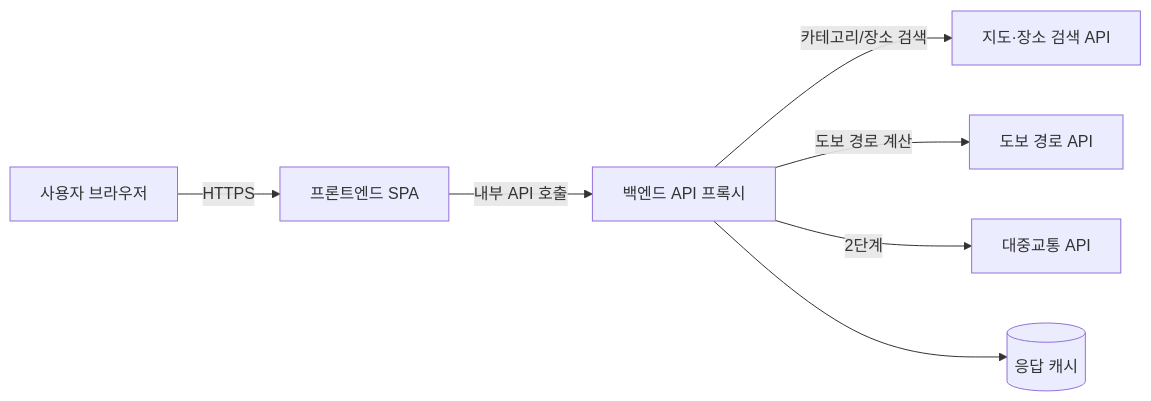
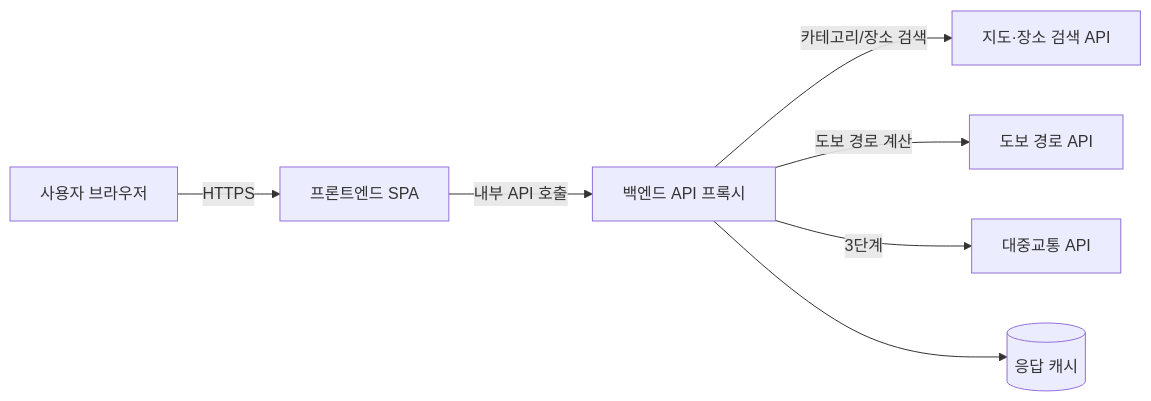
The diagram in trd.md (jeongguwon/map), drawn with Mermaid before and after one commit. The commit also changed other lines of this file and 37 other files, not shown here.

````diff
--- a/trd.md
+++ b/trd.md
@@ -9,9 +9,9 @@
 ```mermaid
 flowchart LR
     User[사용자 브라우저] -->|HTTPS| Frontend[프론트엔드 SPA]
     Frontend -->|내부 API 호출| Backend[백엔드 API 프록시]
     Backend -->|카테고리/장소 검색| MapAPI[지도·장소 검색 API]
     Backend -->|도보 경로 계산| RouteAPI[도보 경로 API]
-    Backend -->|2단계| TransitAPI[대중교통 API]
+    Backend -->|3단계| TransitAPI[대중교통 API]
     Backend --> Cache[(응답 캐시)]
 ```
````
